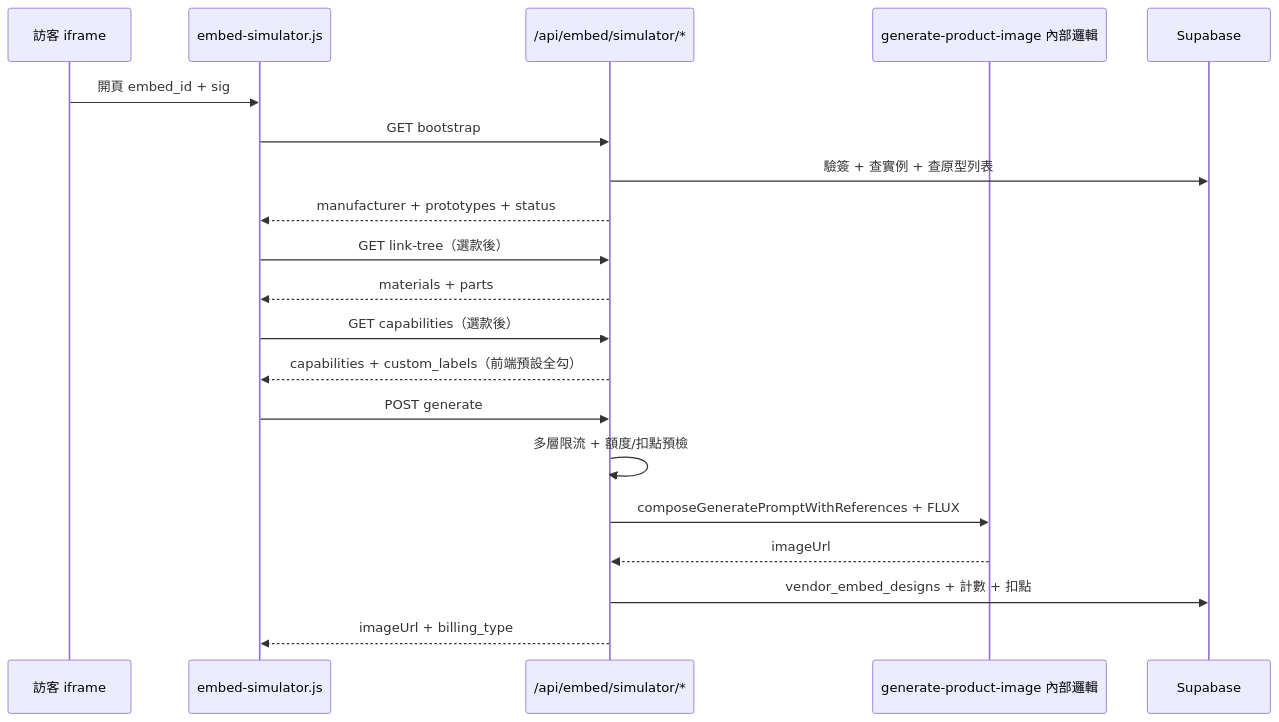
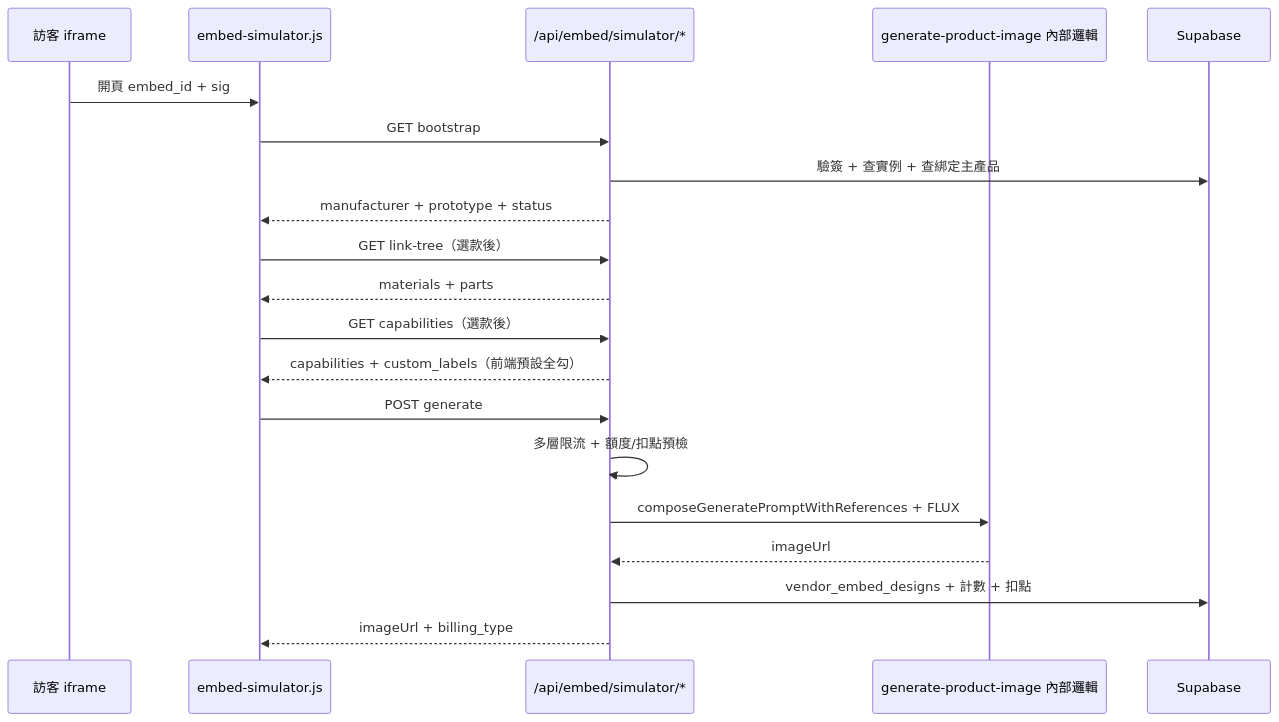
Before and after one commit to taskmatching-stack/matchdo: the diagram in docs/PROGRESS-vendor-embed-simulator-integration.md, drawn with Mermaid. The commit also changed other lines of this file and 6 other files, not shown here.

````diff
--- a/docs/PROGRESS-vendor-embed-simulator-integration.md
+++ b/docs/PROGRESS-vendor-embed-simulator-integration.md
@@ -11,26 +21,26 @@
 ```mermaid
 sequenceDiagram
   participant V as 訪客 iframe
   participant F as embed-simulator.js
   participant B as /api/embed/simulator/*
   participant G as generate-product-image 內部邏輯
   participant DB as Supabase
 
   V->>F: 開頁 embed_id + sig
   F->>B: GET bootstrap
-  B->>DB: 驗簽 + 查實例 + 查原型列表
-  B-->>F: manufacturer + prototypes + status
+  B->>DB: 驗簽 + 查實例 + 查綁定主產品
+  B-->>F: manufacturer + prototype + status
 
   F->>B: GET link-tree（選款後）
   B-->>F: materials + parts
 
   F->>B: GET capabilities（選款後）
   B-->>F: capabilities + custom_labels（前端預設全勾）
 
   F->>B: POST generate
   B->>B: 多層限流 + 額度/扣點預檢
   B->>G: composeGeneratePromptWithReferences + FLUX
   G-->>B: imageUrl
   B->>DB: vendor_embed_designs + 計數 + 扣點
   B-->>F: imageUrl + billing_type
 ```
````
